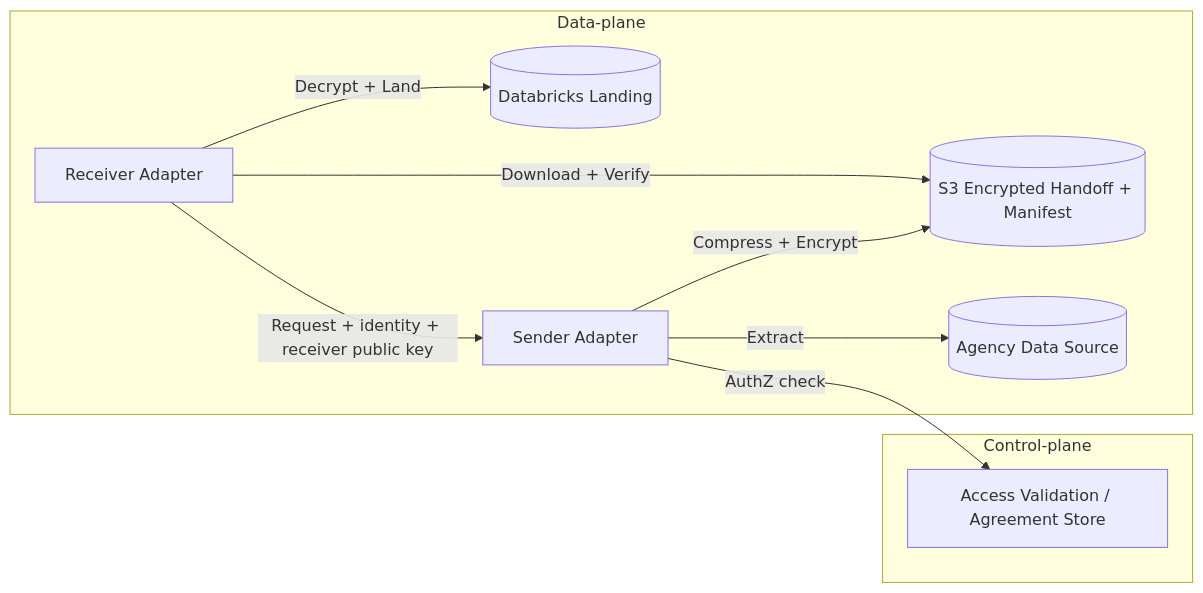
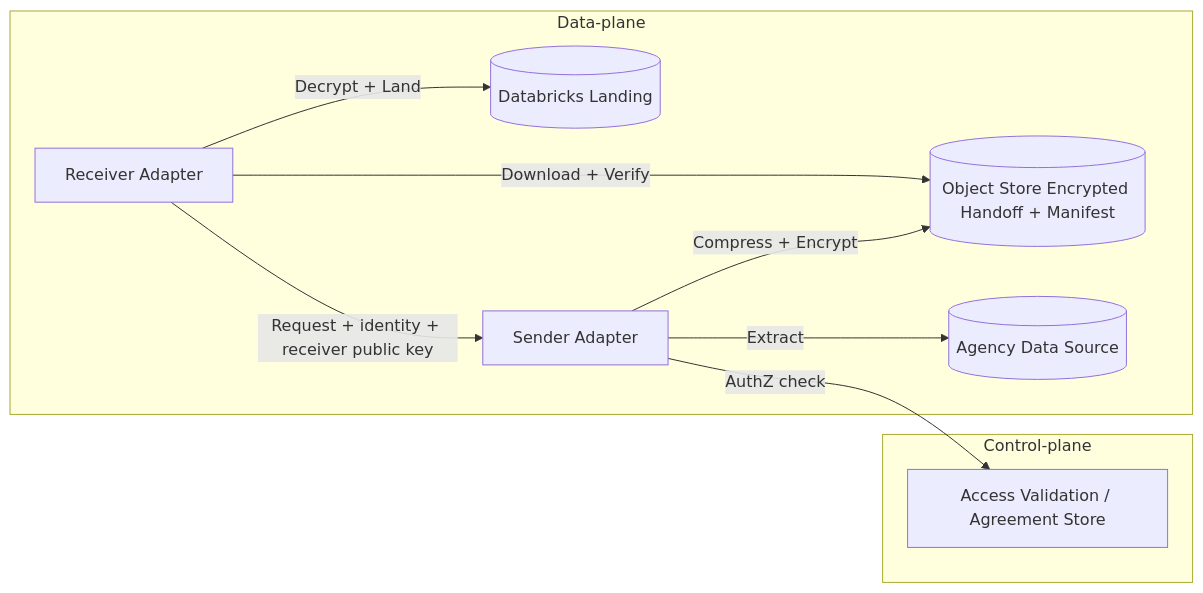
Before and after one commit to GSA-TTS/TTSE-Redwood: the second of 8 diagrams in docs/adr/0001-fde-architecture-diagrams.md, drawn with Mermaid. The commit also changed other lines of this file and 1 other file, not shown here.

````diff
--- a/docs/adr/0001-fde-architecture-diagrams.md
+++ b/docs/adr/0001-fde-architecture-diagrams.md
@@ -37,21 +37,21 @@
 ```mermaid
 flowchart LR
   subgraph ControlPlane[Control-plane]
     AV[Access Validation / Agreement Store]
   end
 
   subgraph DataPlane[Data-plane]
     R[Receiver Adapter]
     S[Sender Adapter]
     SRC[(Agency Data Source)]
-    S3[(S3 Encrypted Handoff + Manifest)]
+    S3[(Object Store Encrypted Handoff + Manifest)]
     DBX[(Databricks Landing)]
   end
 
   R -->|Request + identity + receiver public key| S
   S -->|AuthZ check| AV
   S -->|Extract| SRC
   S -->|Compress + Encrypt| S3
   R -->|Download + Verify| S3
   R -->|Decrypt + Land| DBX
 ```
````
